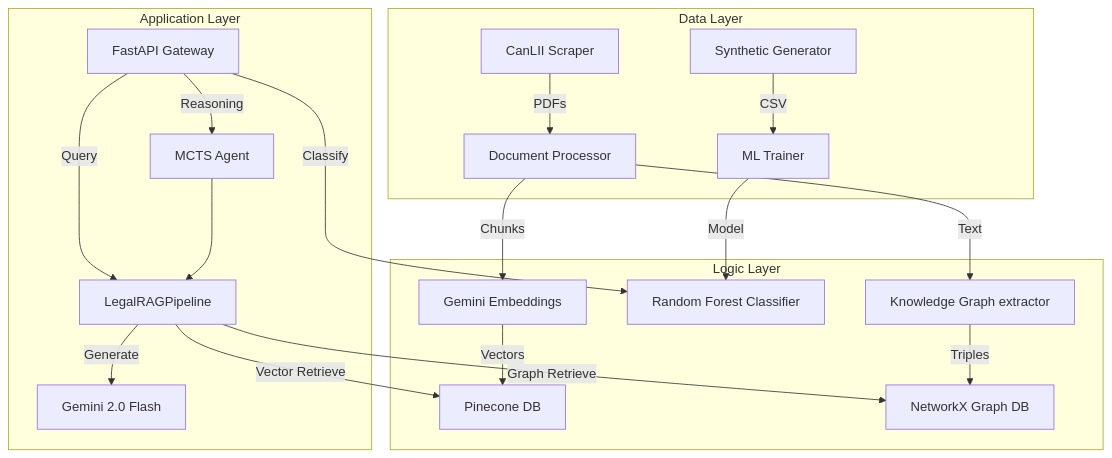
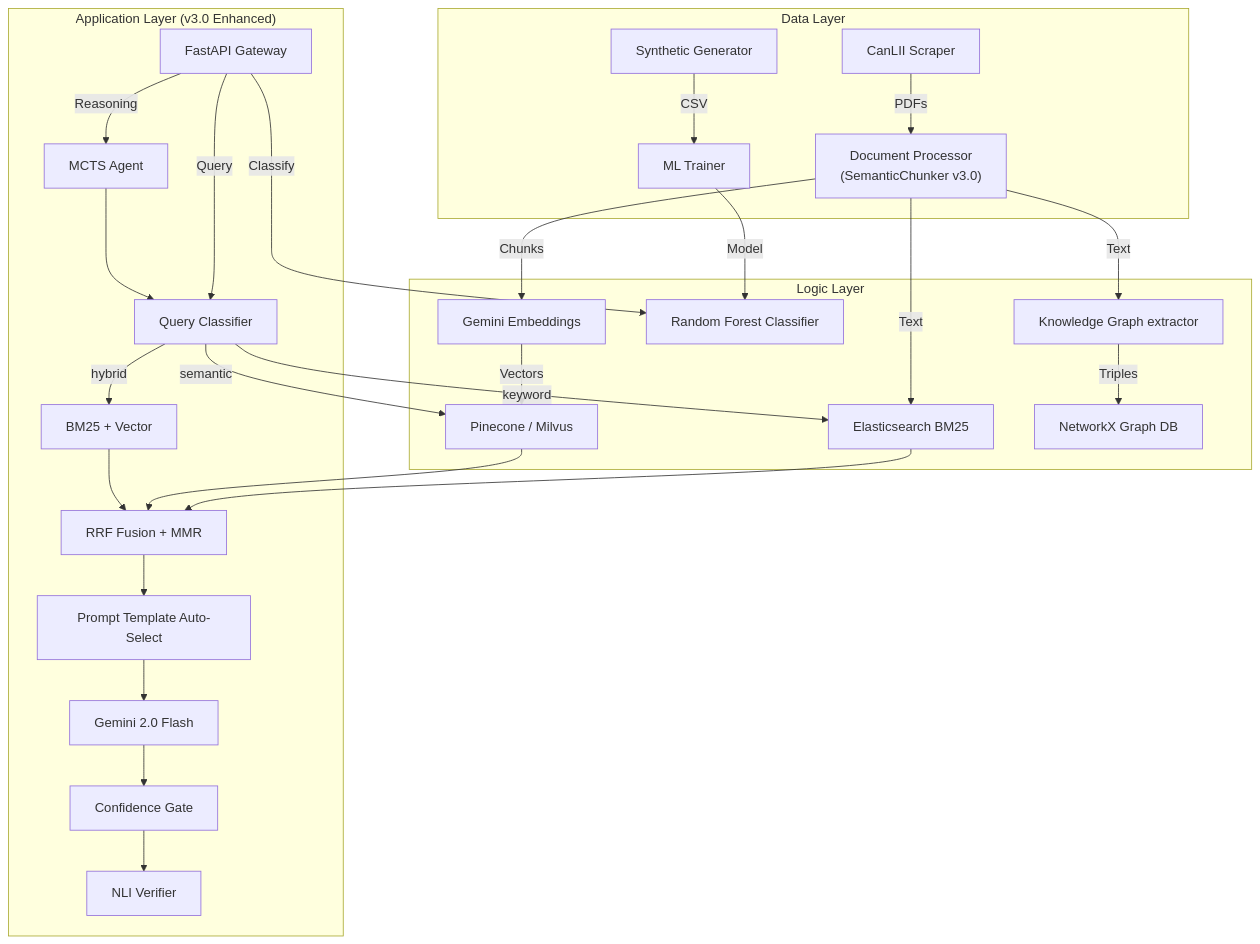
Before and after one commit to johnnietse/deel-legal-ai: the first of 2 diagrams in README.md, drawn with Mermaid. The commit also changed other lines of this file and 35 other files, not shown here.

Commit message:
feat: integrate ByteDance v3.0 RAG Architecture

````diff
--- a/README.md
+++ b/README.md
@@ -69,25 +83,33 @@
 ```mermaid
 graph TD
     subgraph Data Layer
-        A[CanLII Scraper] -->|PDFs| B[Document Processor]
+        A[CanLII Scraper] -->|PDFs| B["Document Processor<br>(SemanticChunker v3.0)"]
         C[Synthetic Generator] -->|CSV| D[ML Trainer]
     end
 
     subgraph Logic Layer
         B -->|Chunks| E[Gemini Embeddings]
-        E -->|Vectors| F[Pinecone DB]
+        E -->|Vectors| F["Pinecone / Milvus"]
+        B -->|Text| ES["Elasticsearch BM25"]
         D -->|Model| G[Random Forest Classifier]
         K[Knowledge Graph extractor] -->|Triples| L[NetworkX Graph DB]
         B -->|Text| K
     end
 
-    subgraph Application Layer
-        H[FastAPI Gateway] -->|Query| I[LegalRAGPipeline]
+    subgraph "Application Layer (v3.0 Enhanced)"
+        H[FastAPI Gateway] -->|Query| QC[Query Classifier]
+        QC -->|keyword| ES
+        QC -->|semantic| F
+        QC -->|hybrid| BOTH["BM25 + Vector"]
+        ES --> RRF["RRF Fusion + MMR"]
+        F --> RRF
+        BOTH --> RRF
+        RRF --> PT[Prompt Template Auto-Select]
+        PT --> J[Gemini 2.0 Flash]
+        J --> CG[Confidence Gate]
+        CG --> VER[NLI Verifier]
         H -->|Classify| G
-        I -->|Vector Retrieve| F
-        I -->|Graph Retrieve| L
-        I -->|Generate| J[Gemini 2.0 Flash]
         H -->|Reasoning| M[MCTS Agent]
-        M --> I
+        M --> QC
     end
 ```
````
